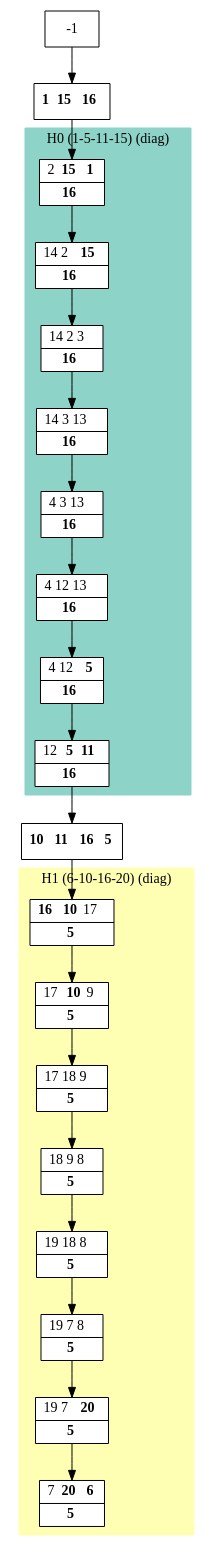
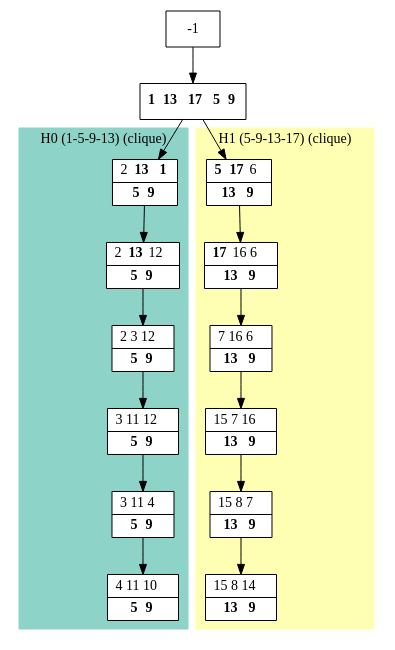
One commit to bmarchand/auto-dp changed the diagram in results/dot_files/processed_H.dot. Above: the diagram before and after it, drawn with Graphviz. The commit also changed 188 other files, not shown here.

```diff
--- a/results/dot_files/processed_H.dot
+++ b/results/dot_files/processed_H.dot
@@ -1,41 +1,35 @@
 digraph G {
     node [shape=box];
     subgraph cluster0 {
         node [style=filled,fillcolor=white];
         labeljust="l";
         style=filled;
         color="#8DD3C7";
-        H0_0 -> H0_1 -> H0_2 -> H0_3 -> H0_4 -> H0_5 -> H0_6 -> H0_7;
-        label="H0 (1-5-11-15) (diag)";
+        H0_0 -> H0_1 -> H0_2 -> H0_3 -> H0_4 -> H0_5;
+        label="H0 (1-5-9-13) (clique)";
     }
     subgraph cluster1 {
         node [style=filled,fillcolor=white];
         labeljust="l";
         style=filled;
         color="#FFFFB3";
-        H1_7 -> H1_6 -> H1_5 -> H1_4 -> H1_3 -> H1_2 -> H1_1 -> H1_0;
-        label="H1 (6-10-16-20) (diag)";
+        H1_0 -> H1_1 -> H1_2 -> H1_3 -> H1_4 -> H1_5;
+        label="H1 (5-9-13-17) (clique)";
     }
-     1 [shape=record,label= <{ <b>1</b> <b>15</b> <b>16</b>}> ];
+     1 [shape=record,label= <{ <b>1</b> <b>13</b> <b>17</b> <b>5</b> <b>9</b>}> ];
      -1  ->  1;
-     H0_0 [shape=record,label= <{ 2 <b>15</b> <b>1</b>|  <b>16</b>}> ];
+     H0_0 [shape=record,label= <{ 2 <b>13</b> <b>1</b>|  <b>5</b> <b>9</b>}> ];
      1  ->  H0_0;
-     H0_1 [shape=record,label= <{ 14 2 <b>15</b>|  <b>16</b>}> ];
-     H0_2 [shape=record,label= <{ 14 2 3|  <b>16</b>}> ];
-     H0_3 [shape=record,label= <{ 14 3 13|  <b>16</b>}> ];
-     H0_4 [shape=record,label= <{ 4 3 13|  <b>16</b>}> ];
-     H0_5 [shape=record,label= <{ 4 12 13|  <b>16</b>}> ];
-     H0_6 [shape=record,label= <{ 4 12 <b>5</b>|  <b>16</b>}> ];
-     H0_7 [shape=record,label= <{ 12 <b>5</b> <b>11</b>|  <b>16</b>}> ];
-     10 [shape=record,label= <{ <b>10</b> <b>11</b> <b>16</b> <b>5</b>}> ];
-     H0_7  ->  10;
-     H1_7 [shape=record,label= <{ <b>16</b> <b>10</b> 17|  <b>5</b>}> ];
-     10  ->  H1_7;
-     H1_6 [shape=record,label= <{ 17 <b>10</b> 9|  <b>5</b>}> ];
-     H1_5 [shape=record,label= <{ 17 18 9|  <b>5</b>}> ];
-     H1_4 [shape=record,label= <{ 18 9 8|  <b>5</b>}> ];
-     H1_3 [shape=record,label= <{ 19 18 8|  <b>5</b>}> ];
-     H1_2 [shape=record,label= <{ 19 7 8|  <b>5</b>}> ];
-     H1_1 [shape=record,label= <{ 19 7 <b>20</b>|  <b>5</b>}> ];
-     H1_0 [shape=record,label= <{ 7 <b>20</b> <b>6</b>|  <b>5</b>}> ];
+     H0_1 [shape=record,label= <{ 2 <b>13</b> 12|  <b>5</b> <b>9</b>}> ];
+     H0_2 [shape=record,label= <{ 2 3 12|  <b>5</b> <b>9</b>}> ];
+     H0_3 [shape=record,label= <{ 3 11 12|  <b>5</b> <b>9</b>}> ];
+     H0_4 [shape=record,label= <{ 3 11 4|  <b>5</b> <b>9</b>}> ];
+     H0_5 [shape=record,label= <{ 4 11 10|  <b>5</b> <b>9</b>}> ];
+     H1_0 [shape=record,label= <{ <b>5</b> <b>17</b> 6|  <b>13</b> <b>9</b>}> ];
+     1  ->  H1_0;
+     H1_1 [shape=record,label= <{ <b>17</b> 16 6|  <b>13</b> <b>9</b>}> ];
+     H1_2 [shape=record,label= <{ 7 16 6|  <b>13</b> <b>9</b>}> ];
+     H1_3 [shape=record,label= <{ 15 7 16|  <b>13</b> <b>9</b>}> ];
+     H1_4 [shape=record,label= <{ 15 8 7|  <b>13</b> <b>9</b>}> ];
+     H1_5 [shape=record,label= <{ 15 8 14|  <b>13</b> <b>9</b>}> ];
 }
```
